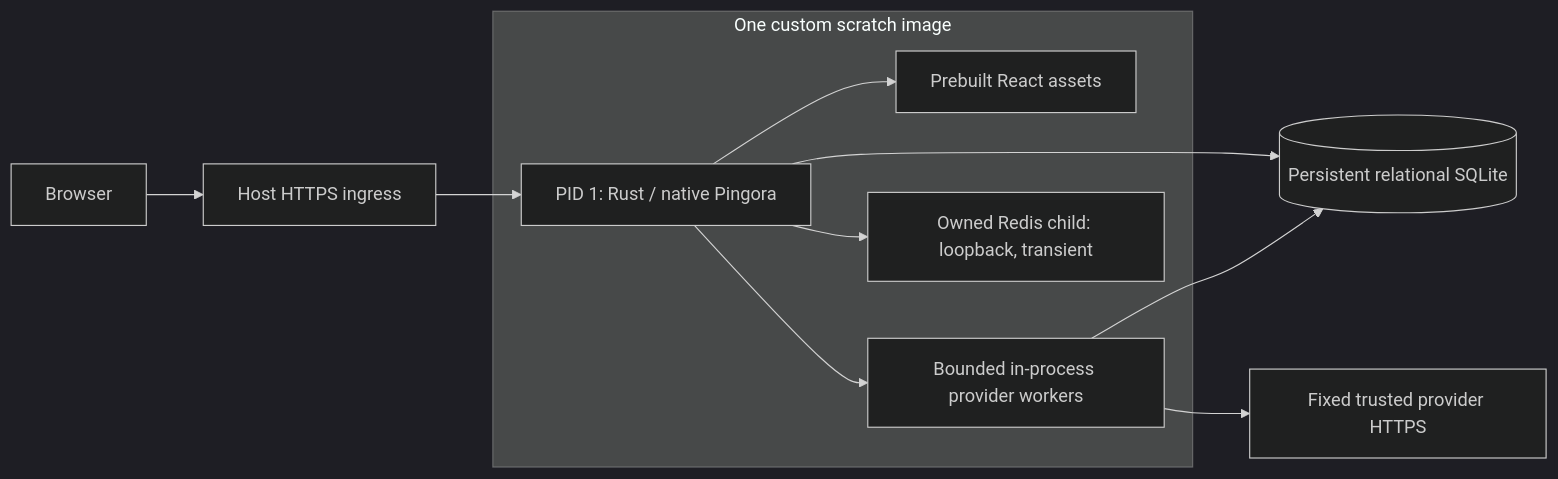
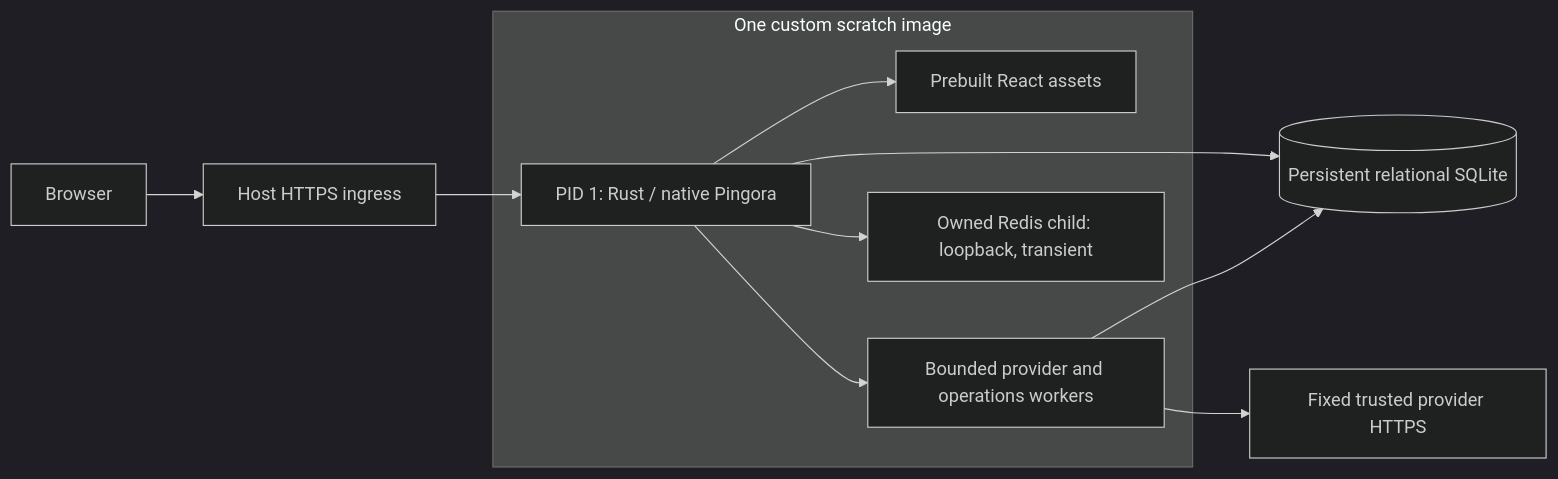
Before and after one commit to theroisey/else: the diagram in notes/architecture.md, drawn with Mermaid (dark theme). The commit also changed other lines of this file and 6 other files, not shown here.

````diff
--- a/notes/architecture.md
+++ b/notes/architecture.md
@@ -7,16 +7,16 @@
 ```mermaid
 flowchart LR
     Browser --> Ingress[Host HTTPS ingress]
     Ingress --> App
     subgraph Image[One custom scratch image]
         App[PID 1: Rust / native Pingora]
         UI[Prebuilt React assets]
-        Worker[Bounded in-process provider workers]
+        Worker[Bounded provider and operations workers]
         App --> UI
         App --> Worker
         App --> Redis[Owned Redis child: loopback, transient]
     end
     App --> SQLite[(Persistent relational SQLite)]
     Worker --> SQLite
     Worker --> Providers[Fixed trusted provider HTTPS]
 ```
````
